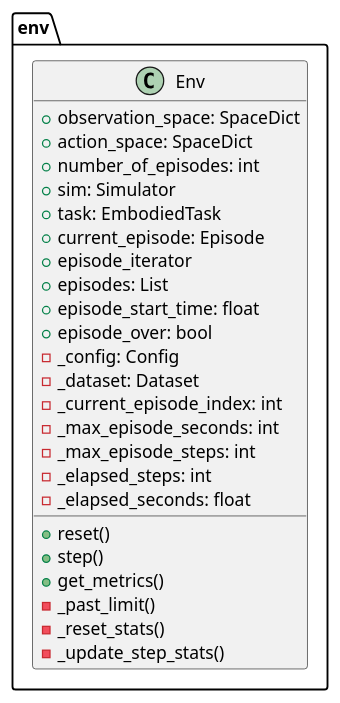
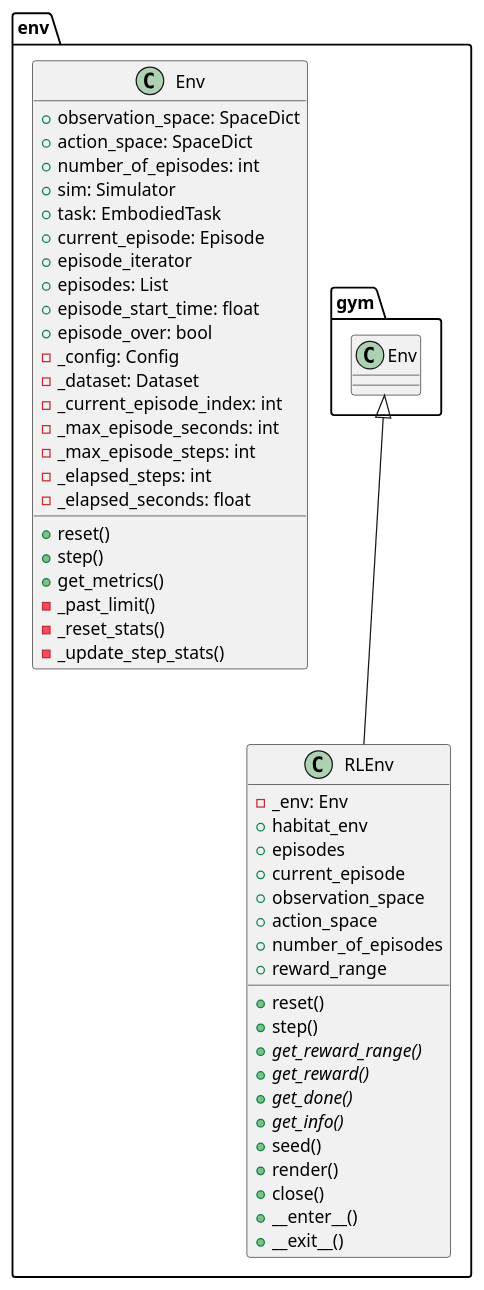
The third of 8 diagrams in Projects/Scanbot/habitat_lab.md (againxx/Notes), drawn with PlantUML before and after one commit. The commit also changed other lines of this file and 17 other files, not shown here.

````diff
--- a/Projects/Scanbot/habitat_lab.md
+++ b/Projects/Scanbot/habitat_lab.md
@@ -37,30 +45,54 @@
 ```plantuml
 package env {
     class Env {
         +observation_space: SpaceDict
         +action_space: SpaceDict
         +number_of_episodes: int
         +sim: Simulator
         +task: EmbodiedTask
         +current_episode: Episode
         +episode_iterator
         +episodes: List
         +episode_start_time: float
         +episode_over: bool
         -_config: Config
         -_dataset: Dataset
         -_current_episode_index: int
         -_max_episode_seconds: int
         -_max_episode_steps: int
         -_elapsed_steps: int
         -_elapsed_seconds: float
 
         +reset()
         +step()
         +get_metrics()
         -_past_limit()
         -_reset_stats()
         -_update_step_stats()
     }
+
+    class RLEnv {
+        -_env: Env
+        +habitat_env
+        +episodes
+        +current_episode
+        +observation_space
+        +action_space
+        +number_of_episodes
+        +reward_range
+        +reset()
+        +step()
+        {abstract} +get_reward_range()
+        {abstract} +get_reward()
+        {abstract} +get_done()
+        {abstract} +get_info()
+        +seed()
+        +render()
+        +close()
+        +__enter__()
+        +__exit__()
+    }
+
+    gym.Env <|-- RLEnv
 }
 ```
````
